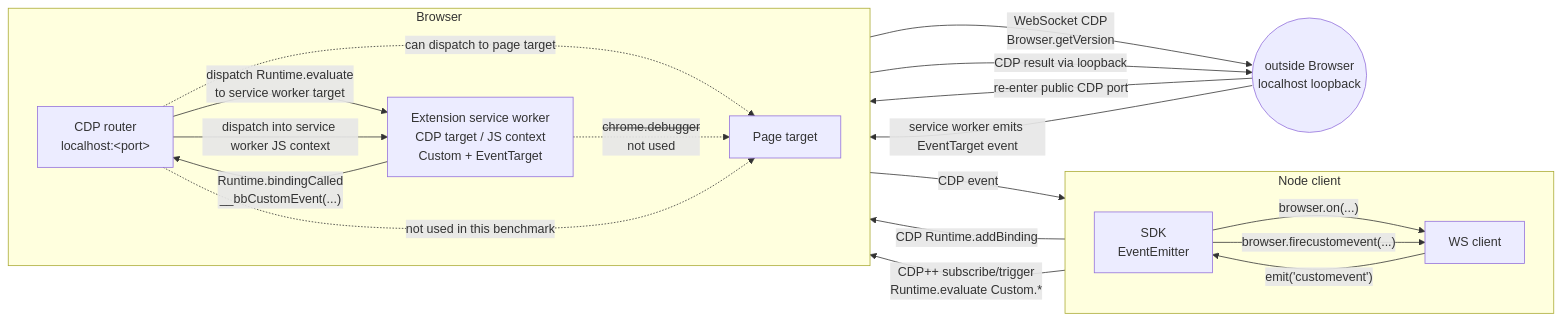
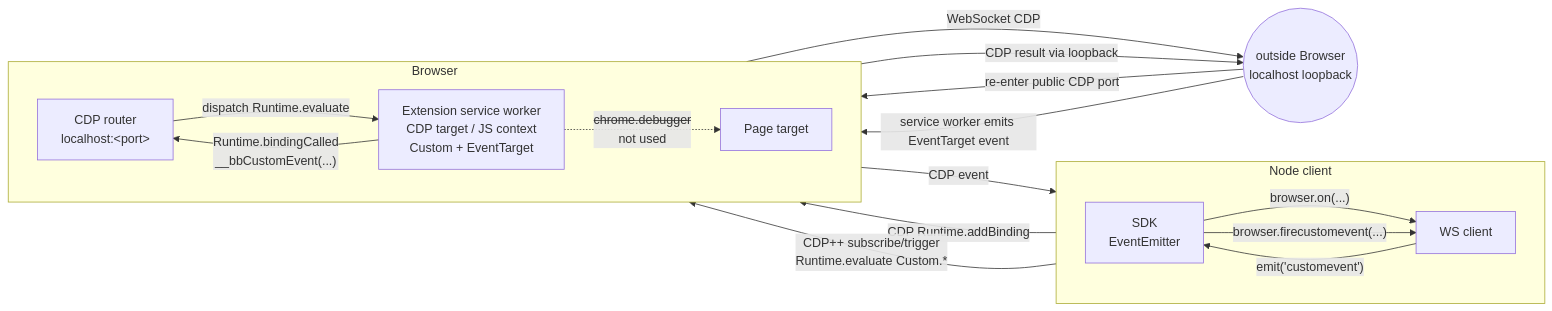
The fourth of 4 diagrams in README.md (pirate/chrome-cdp-extension-bridge), drawn with Mermaid before and after one commit. The commit also changed other lines of this file, not shown here.

Commit message:
Simplify smuggled flow diagrams

````diff
--- a/README.md
+++ b/README.md
@@ -135,34 +132,31 @@
 ```mermaid
 flowchart LR
   subgraph Node["Node client"]
     direction LR
     SDK["SDK<br/>EventEmitter"]
     WS["WS client"]
     SDK -->|"browser.on(...)"| WS
     SDK -->|"browser.firecustomevent(...)"| WS
   end
 
   subgraph Browser["Browser"]
     direction LR
     CDP["CDP router<br/>localhost:&lt;port&gt;"]
     SW["Extension service worker<br/>CDP target / JS context<br/>Custom + EventTarget"]
     Page["Page target"]
-    CDP -->|"dispatch Runtime.evaluate<br/>to service worker target"| SW
-    CDP -. "can dispatch to page target" .-> Page
+    CDP -->|"dispatch Runtime.evaluate"| SW
     SW -. "<s>chrome.debugger</s><br/>not used" .-> Page
   end
 
   Loop(("outside Browser<br/>localhost loopback"))
 
   WS -->|"CDP Runtime.addBinding"| CDP
   WS -->|"CDP++ subscribe/trigger<br/>Runtime.evaluate Custom.*"| CDP
-  CDP -->|"dispatch into service worker JS context"| SW
-  SW -->|"WebSocket CDP<br/>Browser.getVersion"| Loop
+  SW -->|"WebSocket CDP"| Loop
   Loop -->|"re-enter public CDP port"| CDP
   CDP -->|"CDP result via loopback"| Loop
   Loop -->|"service worker emits EventTarget event"| SW
   SW -->|"Runtime.bindingCalled<br/>__bbCustomEvent(...)"| CDP
   CDP -->|"CDP event"| WS
   WS -->|"emit('customevent')"| SDK
-  CDP -. "not used in this benchmark" .-> Page
 ```
````
